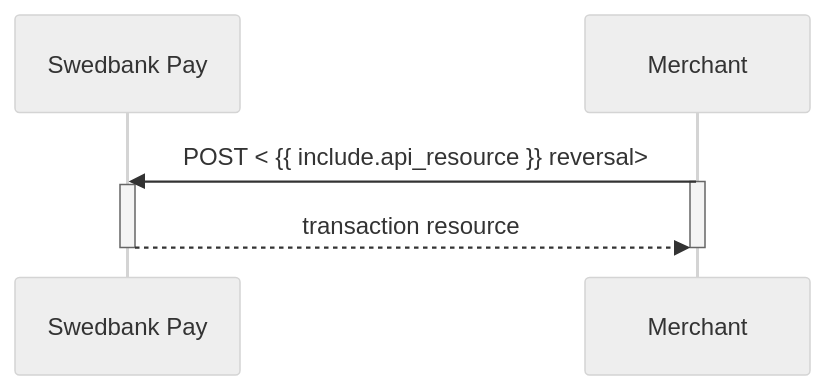
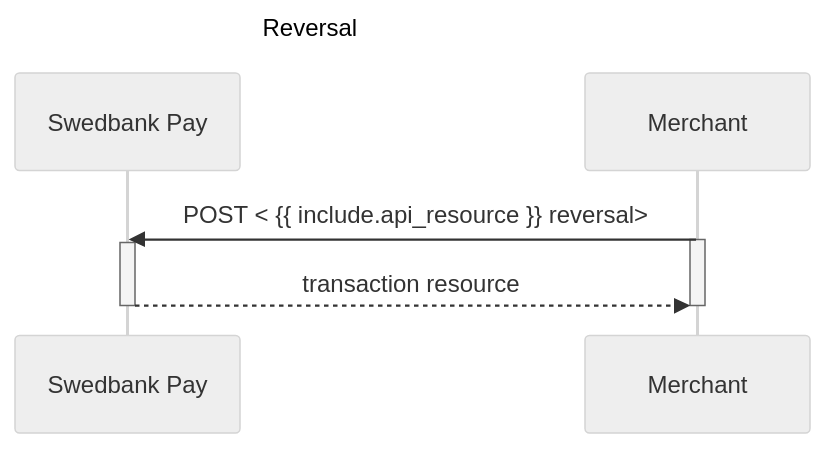
Before and after one commit to SwedbankPay/developer.swedbankpay.com: the diagram in _includes/payment-order-reversal-combined.md, drawn with Mermaid (neutral theme). The commit also changed 66 other files, not shown here.

Commit message:
Added titles in sequence diagrams

````diff
--- a/_includes/payment-order-reversal-combined.md
+++ b/_includes/payment-order-reversal-combined.md
@@ -1139,11 +1139,12 @@
 ```mermaid
 sequenceDiagram
+title: Reversal
     participant SwedbankPay as Swedbank Pay
 
     Merchant->>SwedbankPay: POST < {{ include.api_resource }} reversal>
     activate Merchant
     activate SwedbankPay
     SwedbankPay-->>Merchant: transaction resource
     deactivate SwedbankPay
     deactivate Merchant
 ```
````
